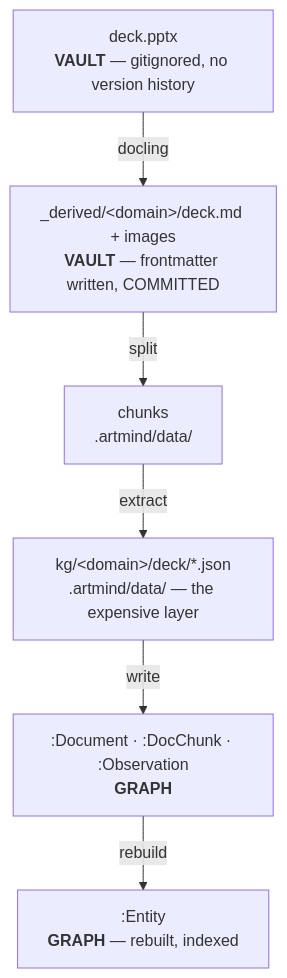
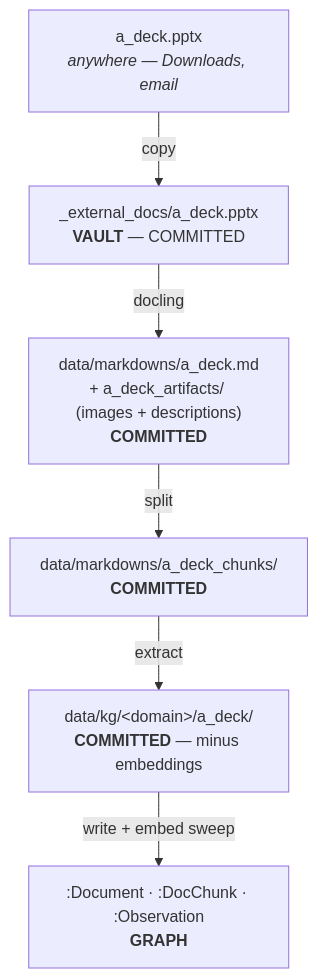
One commit to neurongraph/artmind9 changed the first of 3 diagrams in docs/stores-and-repos.md. Above: the diagram before and after it, drawn with Mermaid. The commit also changed other lines of this file and 3 other files, not shown here.

````diff
--- a/docs/stores-and-repos.md
+++ b/docs/stores-and-repos.md
@@ -114,11 +138,11 @@
 ```mermaid
 flowchart TD
-    SRC["deck.pptx<br/><b>VAULT</b> — gitignored, no version history"]
-    DERIV["_derived/&lt;domain&gt;/deck.md + images<br/><b>VAULT</b> — frontmatter written, COMMITTED"]
-    CH["chunks<br/>.artmind/data/"]
-    KG["kg/&lt;domain&gt;/deck/*.json<br/>.artmind/data/ — the expensive layer"]
+    SRC["a_deck.pptx<br/><i>anywhere — Downloads, email</i>"]
+    COPY["_external_docs/a_deck.pptx<br/><b>VAULT</b> — COMMITTED"]
+    MD["data/markdowns/a_deck.md<br/>+ a_deck_artifacts/ (images + descriptions)<br/><b>COMMITTED</b>"]
+    CH["data/markdowns/a_deck_chunks/<br/><b>COMMITTED</b>"]
+    KG["data/kg/&lt;domain&gt;/a_deck/<br/><b>COMMITTED</b> — minus embeddings"]
     G[":Document · :DocChunk · :Observation<br/><b>GRAPH</b>"]
-    P[":Entity<br/><b>GRAPH</b> — rebuilt, indexed"]
 
-    SRC -->|docling| DERIV -->|split| CH -->|extract| KG -->|write| G -->|rebuild| P
+    SRC -->|copy| COPY -->|docling| MD -->|split| CH -->|extract| KG -->|write + embed sweep| G
 ```
````
